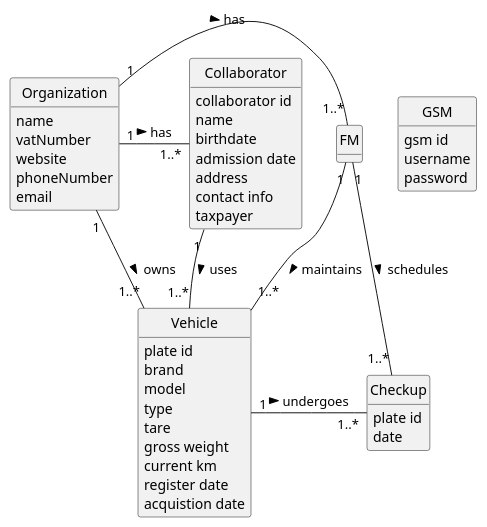
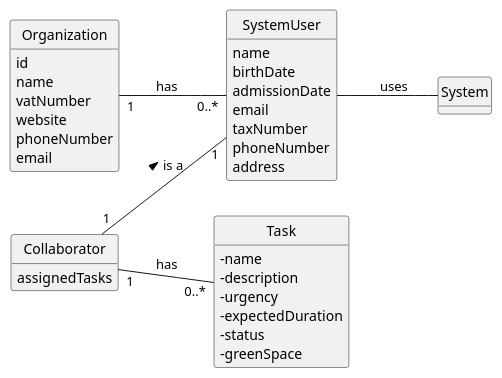
Before and after one commit to rpedros02/lei-24-s2-1DL-g08: the diagram in docs/sprintC/us028/02.analysis/puml/us028-domain-model.puml, drawn with PlantUML. The commit also changed 11 other files, not shown here.

```diff
--- a/docs/sprintC/us028/02.analysis/puml/us028-domain-model.puml
+++ b/docs/sprintC/us028/02.analysis/puml/us028-domain-model.puml
@@ -1,61 +1,49 @@
 @startuml
 skinparam monochrome true
 skinparam packageStyle rectangle
 skinparam shadowing false
+
+left to right direction
 skinparam classAttributeIconSize 0
 
 hide circle
 hide methods
 
-
 class Organization {
+    id
     name
     vatNumber
     website
     phoneNumber
     email
 }
-class Vehicle {
-    plate id
-    brand
-    model
-    type
-    tare
-    gross weight
-    current km
-    register date
-    acquistion date
-}
-class Collaborator {
-    collaborator id
+
+class SystemUser {
     name
-    birthdate
-    admission date
+    birthDate
+    admissionDate
+    email
+    taxNumber
+    phoneNumber
     address
-    contact info
-    taxpayer
 }
 
-class GSM {
-    gsm id
-    username
-    password
+class Collaborator {
 
+    assignedTasks
 }
 
-class Checkup {
-    plate id
-    date
-
+class "Task" {
+    -name
+    -description
+    -urgency
+    -expectedDuration
+    -status
+    -greenSpace
 }
 
-Organization "1" - "1..*" FM: has >
-Organization "1" - "1..*" Collaborator: has >
-Organization "1" - "1..*" Vehicle: owns >
-Collaborator "1" -- "1..*" Vehicle: uses >
-FM "1" -- "1..*" Vehicle: maintains >
-FM "1" - "1..*" Checkup: schedules >
-Vehicle "1" - "1..*" Checkup: undergoes >
-
-
+SystemUser -- System : uses
+Organization "1" -- "0..*" SystemUser : has
+Collaborator "1" -- "1" SystemUser : is a >
+Collaborator "1" -- "0..*" Task : has
 @enduml
```
